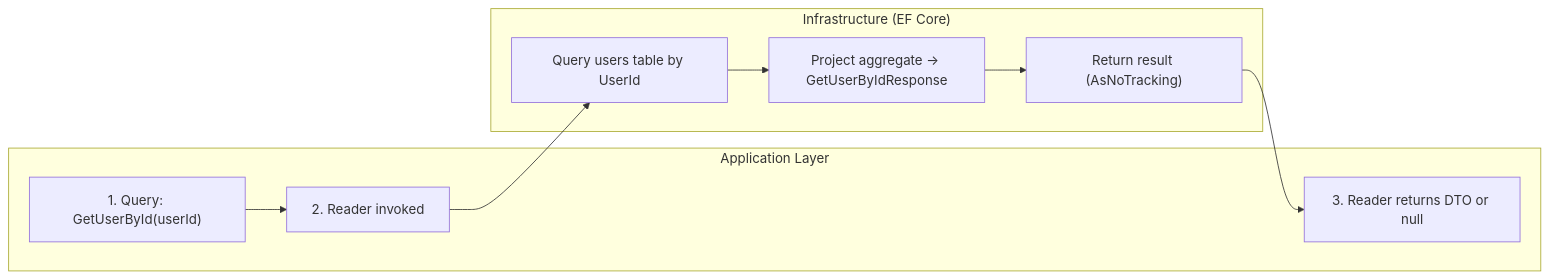
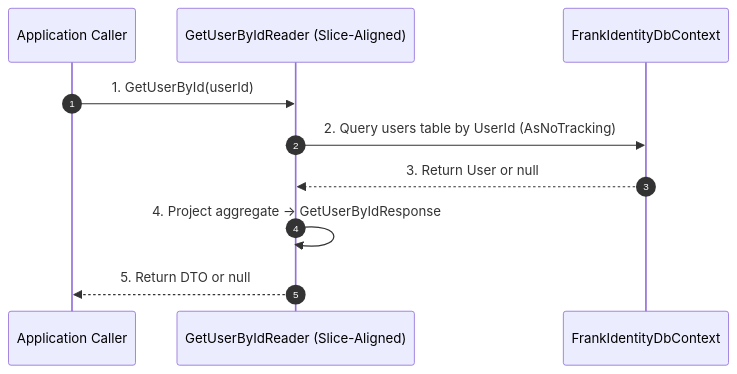
The diagram in docs/Frank/Identity/guides/developer/users/get-user-by-id/README.md (FrankJHughes/camp-fit-fur-dogs), drawn with Mermaid before and after one commit. The commit also changed other lines of this file and 20 other files, not shown here.

Commit message:
document: use sequence instead of swimlane diagrams and add the top level developer guide for frank identity

````diff
--- a/docs/Frank/Identity/guides/developer/users/get-user-by-id/README.md
+++ b/docs/Frank/Identity/guides/developer/users/get-user-by-id/README.md
@@ -13,16 +13,14 @@
 ```mermaid
-flowchart LR
-    subgraph APP["Application Layer"]
-        A1["1. Query: GetUserById(userId)"]
-        A2["2. Reader invoked"]
-        A3["3. Reader returns DTO or null"]
-    end
+sequenceDiagram
+    autonumber
 
-    subgraph INFRA["Infrastructure (EF Core)"]
-        I1["Query users table by UserId"]
-        I2["Project aggregate → GetUserByIdResponse"]
-        I3["Return result (AsNoTracking)"]
-    end
+    participant CALLER as Application Caller
+    participant READER as GetUserByIdReader (Slice-Aligned)
+    participant DB as FrankIdentityDbContext
 
-    A1 --> A2 --> I1 --> I2 --> I3 --> A3
+    CALLER->>READER: 1. GetUserById(userId)
+    READER->>DB: 2. Query users table by UserId (AsNoTracking)
+    DB-->>READER: 3. Return User or null
+    READER->>READER: 4. Project aggregate → GetUserByIdResponse
+    READER-->>CALLER: 5. Return DTO or null
 ```
````
